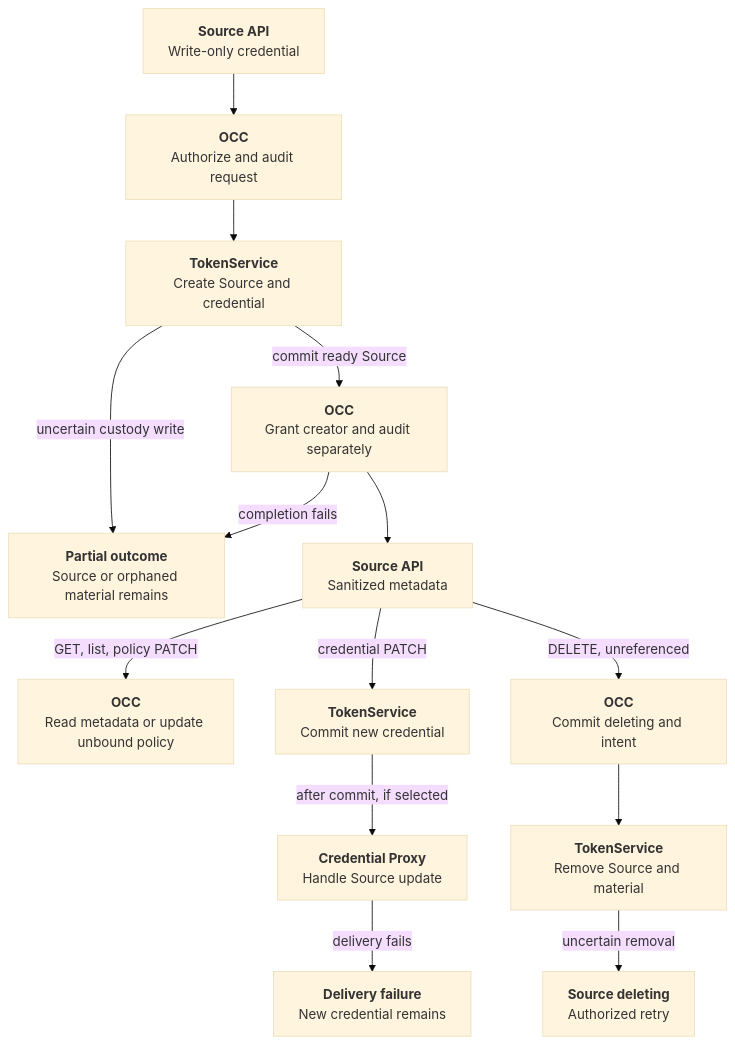
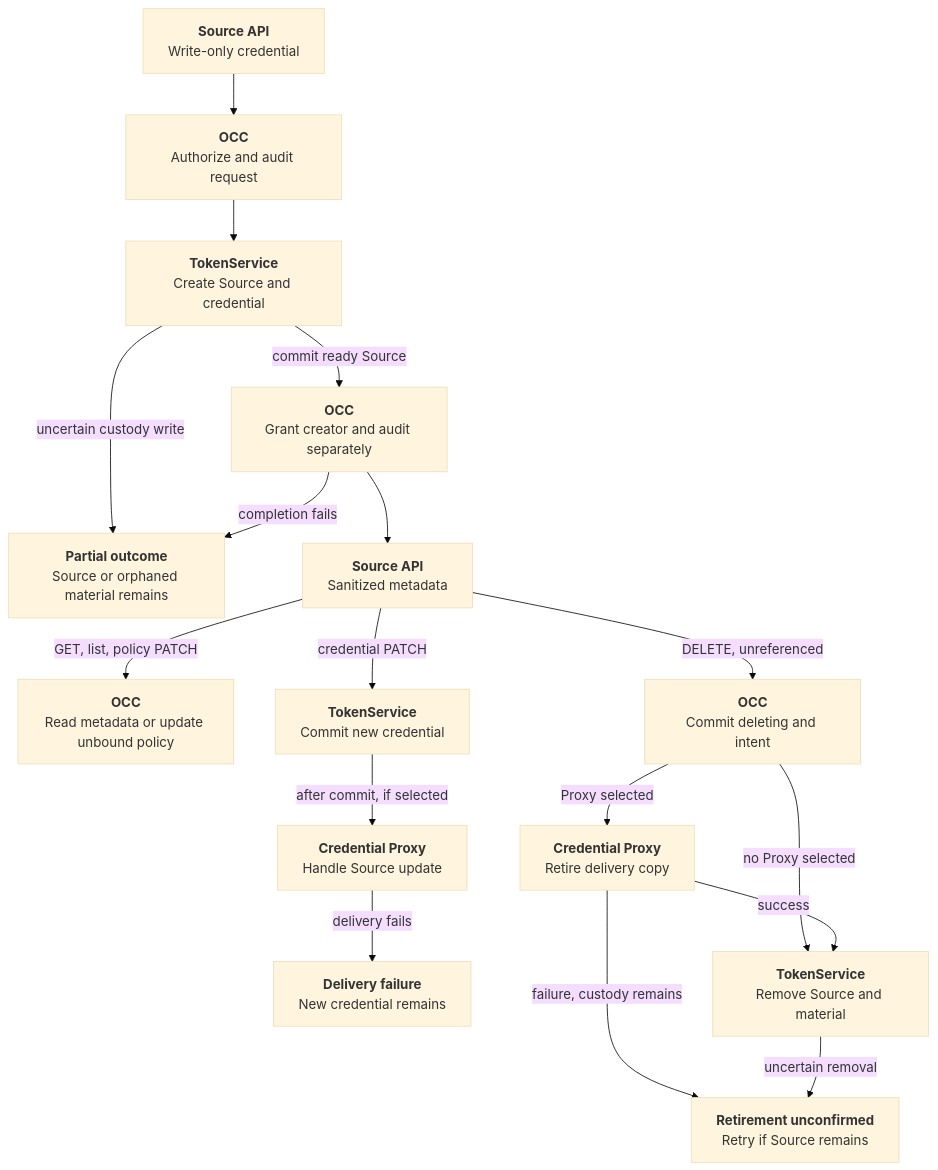
One commit to openclaw/openclaw-enterprise changed the diagram in docs/flows/token-service-static-custody.md. Above: the diagram before and after it, drawn with Mermaid (base theme). The commit also changed other lines of this file and 15 other files, not shown here.

First line of the commit message:
Retire OpenShell delivery copies for OCC TokenService Sources (#7004)

````diff
--- a/docs/flows/token-service-static-custody.md
+++ b/docs/flows/token-service-static-custody.md
@@ -24,16 +24,23 @@
 ```mermaid
-graph TD
+---
+config:
+  htmlLabels: true
+---
+flowchart TB
   A["<b>Source API</b><br/>Write-only credential"] --> B["<b>OCC</b><br/>Authorize and audit request"]
   B --> C["<b>TokenService</b><br/>Create Source and credential"]
   C -->|commit ready Source| D["<b>OCC</b><br/>Grant creator and audit separately"]
   C -->|uncertain custody write| E["<b>Partial outcome</b><br/>Source or orphaned material remains"]
   D --> F["<b>Source API</b><br/>Sanitized metadata"]
   D -->|completion fails| E
   F -->|GET, list, policy PATCH| J["<b>OCC</b><br/>Read metadata or update unbound policy"]
   F -->|credential PATCH| G["<b>TokenService</b><br/>Commit new credential"]
   G -->|after commit, if selected| L["<b>Credential Proxy</b><br/>Handle Source update"]
   L -->|delivery fails| M["<b>Delivery failure</b><br/>New credential remains"]
   F -->|DELETE, unreferenced| K["<b>OCC</b><br/>Commit deleting and intent"]
-  K --> H["<b>TokenService</b><br/>Remove Source and material"]
-  H -->|uncertain removal| I["<b>Source deleting</b><br/>Authorized retry"]
+  K -->|Proxy selected| N["<b>Credential Proxy</b><br/>Retire delivery copy"]
+  K -->|no Proxy selected| H
+  N -->|success| H["<b>TokenService</b><br/>Remove Source and material"]
+  N -->|failure, custody remains| I["<b>Retirement unconfirmed</b><br/>Retry if Source remains"]
+  H -->|uncertain removal| I
 ```
````
